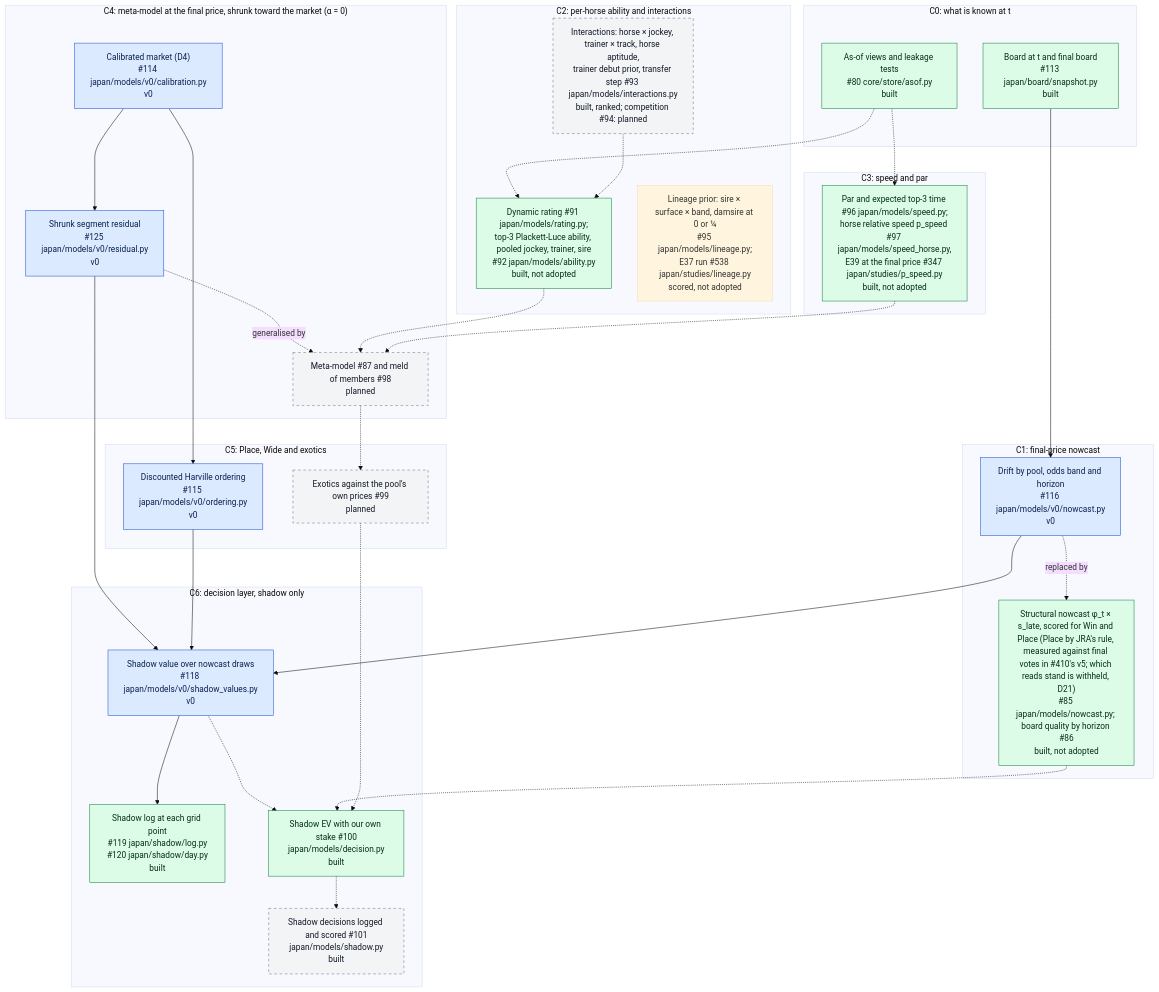
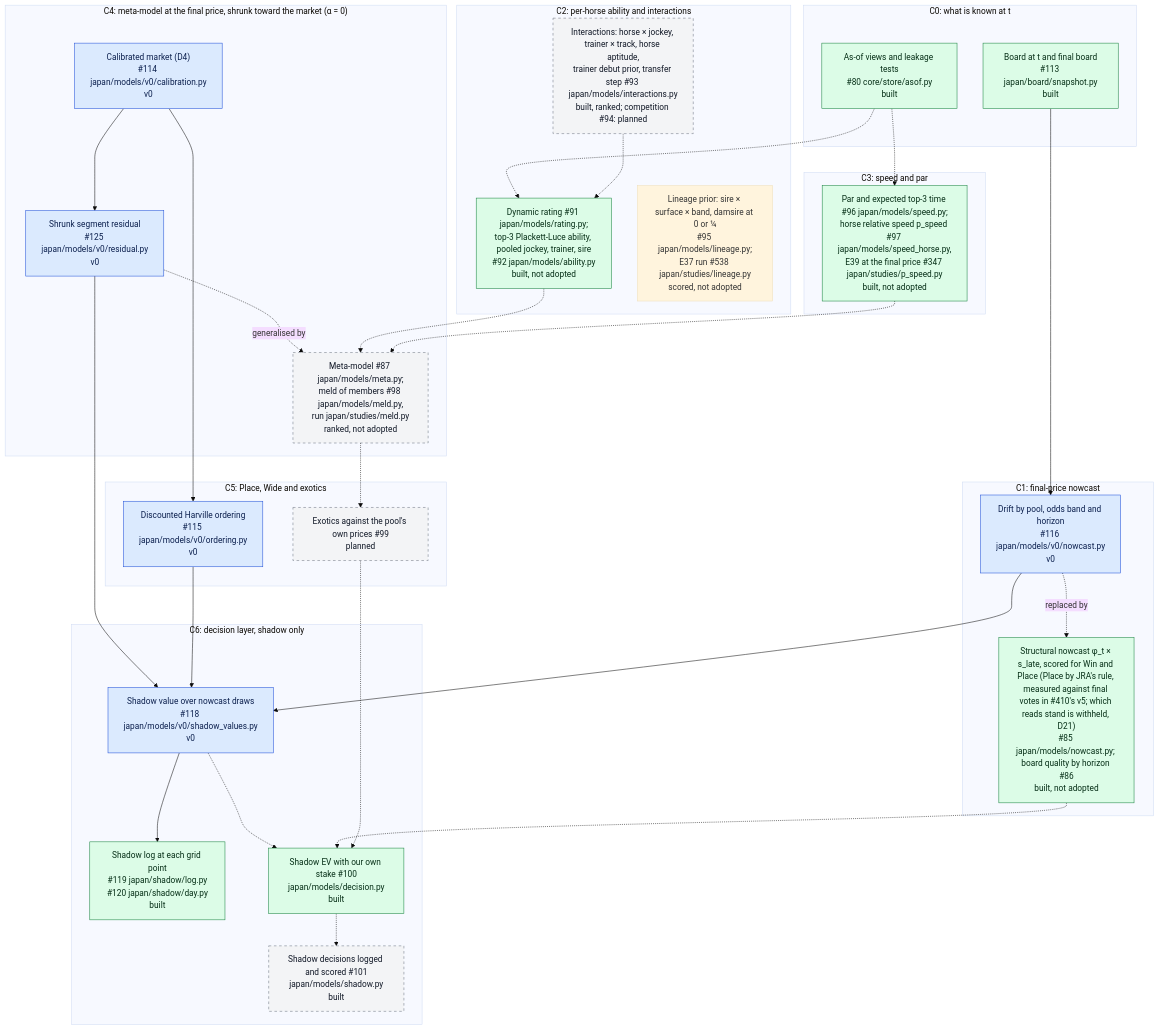
One commit to rjeskuri/HorseTrackBetting changed the second of 6 diagrams in docs/modeling.md. Above: the diagram before and after it, drawn with Mermaid (base theme). The commit also changed other lines of this file and 4 other files, not shown here.

````diff
--- a/docs/modeling.md
+++ b/docs/modeling.md
@@ -71,60 +71,60 @@
 ```mermaid
 flowchart TB
     subgraph L0["C0: what is known at t"]
         ASOF["As-of views and leakage tests<br/>#80 core/store/asof.py<br/>built"]
         BOARD["Board at t and final board<br/>#113 japan/board/snapshot.py<br/>built"]
     end
     subgraph L1["C1: final-price nowcast"]
         NC0["Drift by pool, odds band and horizon<br/>#116 japan/models/v0/nowcast.py<br/>v0"]
         NC1["Structural nowcast φ_t × s_late, scored for Win and Place (Place by JRA's rule, measured against final votes in #410's v5; which reads stand is withheld, D21)<br/>#85 japan/models/nowcast.py; board quality by horizon #86<br/>built, not adopted"]
     end
     subgraph L2["C2: per-horse ability and interactions"]
         ABIL["Dynamic rating #91 japan/models/rating.py;<br/>top-3 Plackett-Luce ability, pooled jockey, trainer, sire<br/>#92 japan/models/ability.py<br/>built, not adopted"]
         INTR["Interactions: horse × jockey, trainer × track, horse aptitude,<br/>trainer debut prior, transfer step #93 japan/models/interactions.py<br/>built, ranked; competition #94: planned"]
         LIN["Lineage prior: sire × surface × band, damsire at 0 or ¼<br/>#95 japan/models/lineage.py;<br/>E37 run #538 japan/studies/lineage.py<br/>scored, not adopted"]
     end
     subgraph L3["C3: speed and par"]
         SPEED["Par and expected top-3 time #96 japan/models/speed.py;<br/>horse relative speed p_speed #97 japan/models/speed_horse.py,<br/>E39 at the final price #347 japan/studies/p_speed.py<br/>built, not adopted"]
     end
     subgraph L4["C4: meta-model at the final price, shrunk toward the market (α = 0)"]
         CAL["Calibrated market (D4)<br/>#114 japan/models/v0/calibration.py<br/>v0"]
         RES["Shrunk segment residual<br/>#125 japan/models/v0/residual.py<br/>v0"]
-        META["Meta-model #87 and meld of members #98<br/>planned"]
+        META["Meta-model #87 japan/models/meta.py;<br/>meld of members #98 japan/models/meld.py,<br/>run japan/studies/meld.py<br/>ranked, not adopted"]
     end
     subgraph L5["C5: Place, Wide and exotics"]
         ORD["Discounted Harville ordering<br/>#115 japan/models/v0/ordering.py<br/>v0"]
         EXO["Exotics against the pool's own prices #99<br/>planned"]
     end
     subgraph L6["C6: decision layer, shadow only"]
         SV["Shadow value over nowcast draws<br/>#118 japan/models/v0/shadow_values.py<br/>v0"]
         SLOG["Shadow log at each grid point<br/>#119 japan/shadow/log.py<br/>#120 japan/shadow/day.py<br/>built"]
         STAKE["Shadow EV with our own stake #100<br/>japan/models/decision.py<br/>built"]
         SDEC["Shadow decisions logged and scored #101<br/>japan/models/shadow.py<br/>built"]
     end
     BOARD --> NC0
     NC0 -.->|"replaced by"| NC1
     ASOF -.-> ABIL
     INTR -.-> ABIL
     ASOF -.-> SPEED
     CAL --> RES
     CAL --> ORD
     RES -.->|"generalised by"| META
     ABIL -.-> META
     SPEED -.-> META
     META -.-> EXO
     RES --> SV
     ORD --> SV
     NC0 --> SV
     SV --> SLOG
     SV -.-> STAKE
     NC1 -.-> STAKE
     EXO -.-> STAKE
     STAKE -.-> SDEC
 
     classDef v0 fill:#dbeafe,stroke:#1d4ed8,color:#0b1f4d
     classDef built fill:#dcfce7,stroke:#15803d,color:#052e16
     classDef planned fill:#f3f4f6,stroke:#6b7280,stroke-dasharray: 5 5,color:#111827
     class NC0,CAL,RES,ORD,SV v0
     class ASOF,BOARD,SLOG,NC1,ABIL,STAKE,SPEED built
     class INTR,META,EXO,SDEC planned
 ```
````
